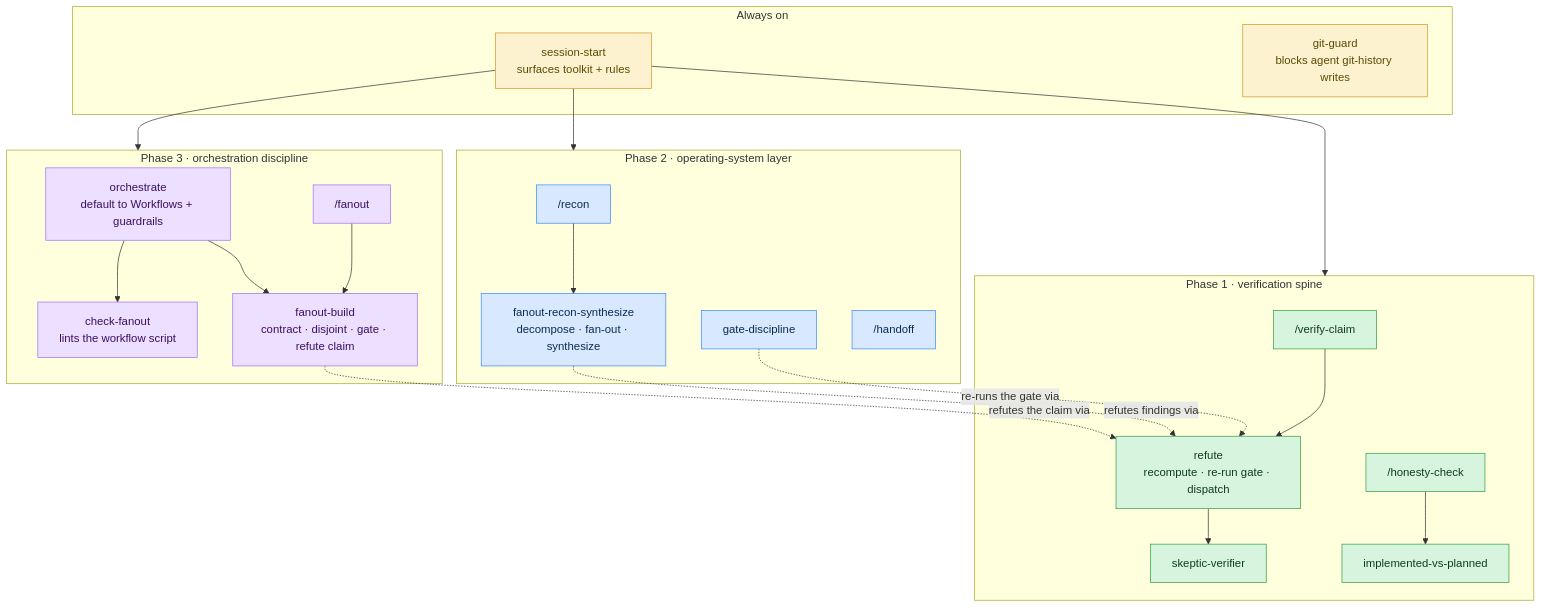
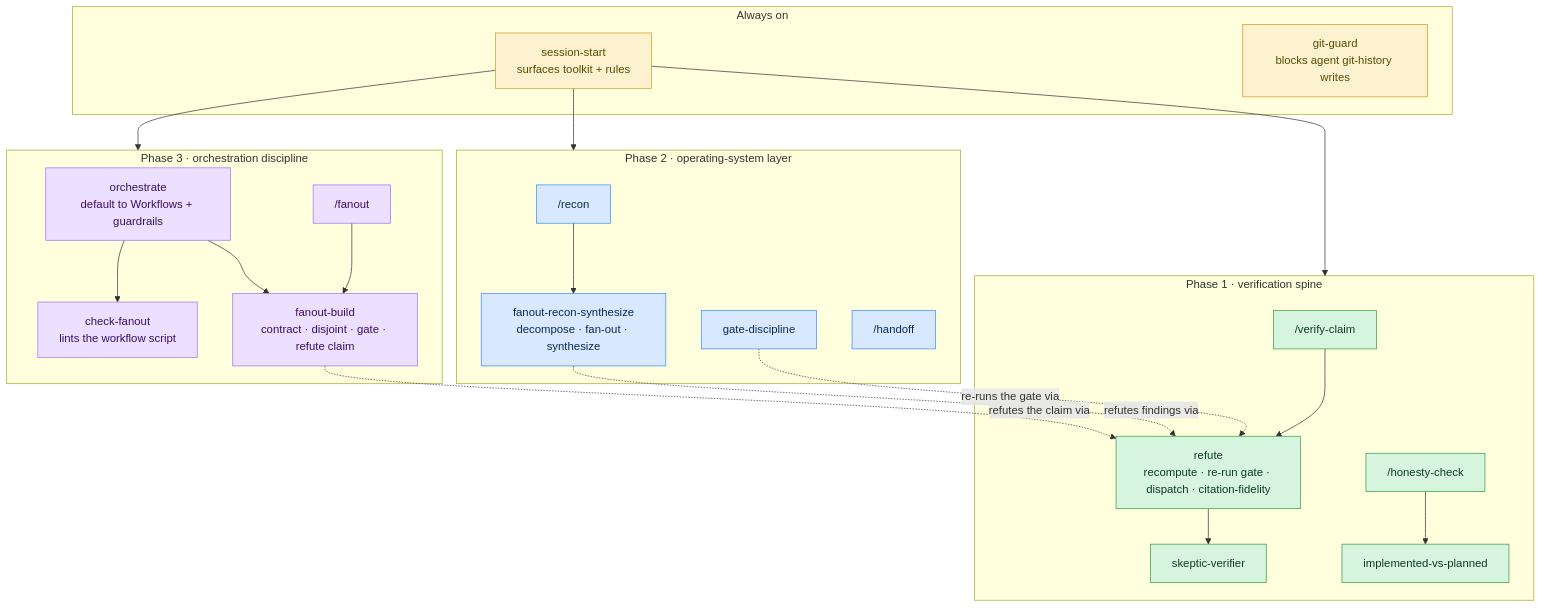
One commit to hossainpazooki/rigor changed the first of 3 diagrams in README.md. Above: the diagram before and after it, drawn with Mermaid. The commit also changed other lines of this file and 5 other files, not shown here.

Commit message:
feat(refute): citation-fidelity move + check; explicit self-re-execution

````diff
--- a/README.md
+++ b/README.md
@@ -19,43 +19,43 @@
 ```mermaid
 graph TD
     subgraph always["Always on"]
         SS["session-start<br/>surfaces toolkit + rules"]
         GG["git-guard<br/>blocks agent git-history writes"]
     end
 
     subgraph spine["Phase 1 · verification spine"]
-        VC["/verify-claim"] --> REF["refute<br/>recompute · re-run gate · dispatch"]
+        VC["/verify-claim"] --> REF["refute<br/>recompute · re-run gate · dispatch · citation-fidelity"]
         REF --> SK["skeptic-verifier"]
         HC["/honesty-check"] --> IVP["implemented-vs-planned"]
     end
 
     subgraph osys["Phase 2 · operating-system layer"]
         RC["/recon"] --> FRS["fanout-recon-synthesize<br/>decompose · fan-out · synthesize"]
         GD["gate-discipline"]
         HO["/handoff"]
     end
 
     subgraph orch["Phase 3 · orchestration discipline"]
         ORC["orchestrate<br/>default to Workflows + guardrails"]
         FO["/fanout"] --> FBS["fanout-build<br/>contract · disjoint · gate · refute claim"]
         CF["check-fanout<br/>lints the workflow script"]
     end
 
     SS --> spine
     SS --> osys
     SS --> orch
     ORC --> FBS
     ORC --> CF
     FRS -. refutes findings via .-> REF
     FBS -. refutes the claim via .-> REF
     GD -. re-runs the gate via .-> REF
 
     classDef always fill:#fdf2d0,stroke:#d29922,color:#5c4a00;
     classDef p1 fill:#d7f4de,stroke:#2ea043,color:#0f3d1e;
     classDef p2 fill:#d8e9ff,stroke:#388bfd,color:#0d2b52;
     classDef p3 fill:#ecdfff,stroke:#a371f7,color:#3a1060;
     class SS,GG always;
     class VC,REF,SK,HC,IVP p1;
     class RC,FRS,GD,HO p2;
     class ORC,FO,FBS,CF p3;
 ```
````
